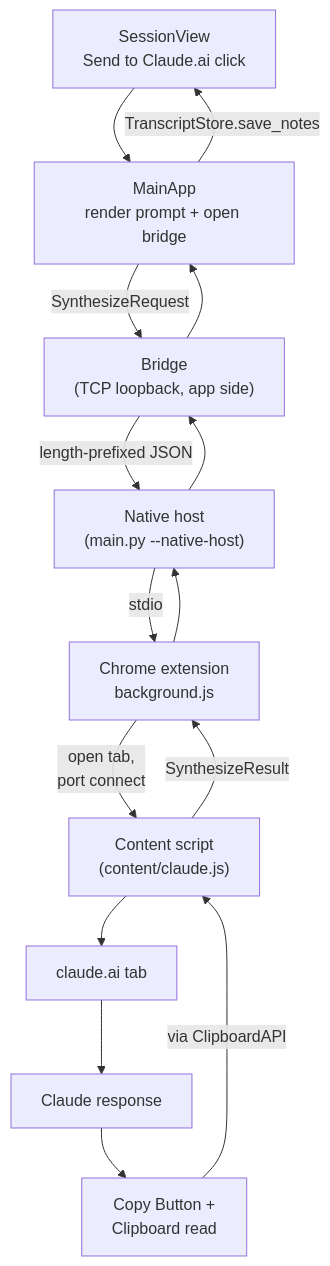
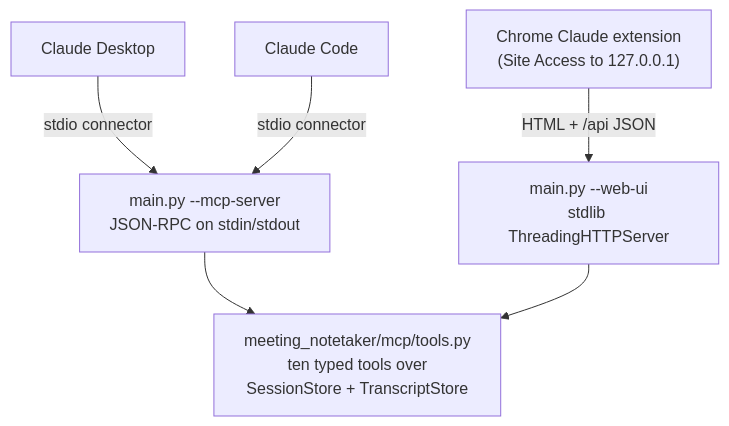
One commit to aarondodd/meeting-notetaker changed the sixth of 7 diagrams in README.md. Above: the diagram before and after it, drawn with Mermaid. The commit also changed other lines of this file and 74 other files, not shown here.

First line of the commit message:
Replace Chrome extension with MCP server for synthesis (#135)

````diff
--- a/README.md
+++ b/README.md
@@ -1169,27 +488,19 @@
 ```mermaid
 flowchart TD
-    sv[SessionView<br/>Send to Claude.ai click]
-    main[MainApp<br/>render prompt + open bridge]
-    bridge["Bridge<br/>(TCP loopback, app side)"]
-    nh["Native host<br/>(main.py --native-host)"]
-    ext_bg["Chrome extension<br/>background.js"]
-    ext_cs["Content script<br/>(content/claude.js)"]
-    claude[claude.ai tab]
-    response[Claude response]
-    copy[Copy Button +<br/>Clipboard read]
+    tools[meeting_notetaker/mcp/tools.py<br/>ten typed tools over<br/>SessionStore + TranscriptStore]
 
-    sv --> main
-    main -->|SynthesizeRequest| bridge
-    bridge -->|length-prefixed JSON| nh
-    nh -->|stdio| ext_bg
-    ext_bg -->|open tab,<br/>port connect| ext_cs
-    ext_cs --> claude
-    claude --> response
-    response --> copy
-    copy -->|via ClipboardAPI| ext_cs
-    ext_cs -->|SynthesizeResult| ext_bg
-    ext_bg --> nh
-    nh --> bridge
-    bridge --> main
-    main -->|TranscriptStore.save_notes| sv
+    stdio["main.py --mcp-server<br/>JSON-RPC on stdin/stdout"]
+    webui["main.py --web-ui<br/>stdlib ThreadingHTTPServer"]
+
+    desktop[Claude Desktop]
+    code[Claude Code]
+    chrome["Chrome Claude extension<br/>(Site Access to 127.0.0.1)"]
+
+    stdio --> tools
+    webui --> tools
+
+    desktop -->|stdio connector| stdio
+    code -->|stdio connector| stdio
+
+    chrome -->|HTML + /api JSON| webui
 ```
````
